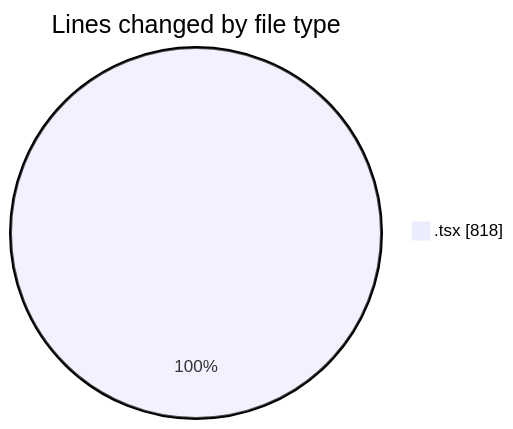
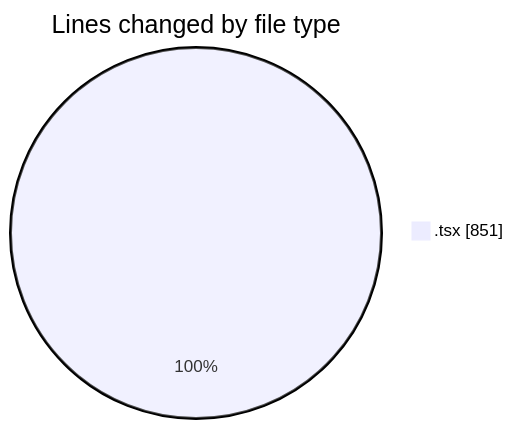
The first of 2 diagrams in 2025-05-28/kimberly-groups/README.md (JenPaints/code-tracking), drawn with Mermaid before and after one commit. The commit also changed other lines of this file and 1 other file, not shown here.

````diff
--- a/2025-05-28/kimberly-groups/README.md
+++ b/2025-05-28/kimberly-groups/README.md
@@ -25,5 +25,5 @@
 ```mermaid
 pie showData
 title Lines changed by file type
-".tsx" : 818
+".tsx" : 851
 ```
````
